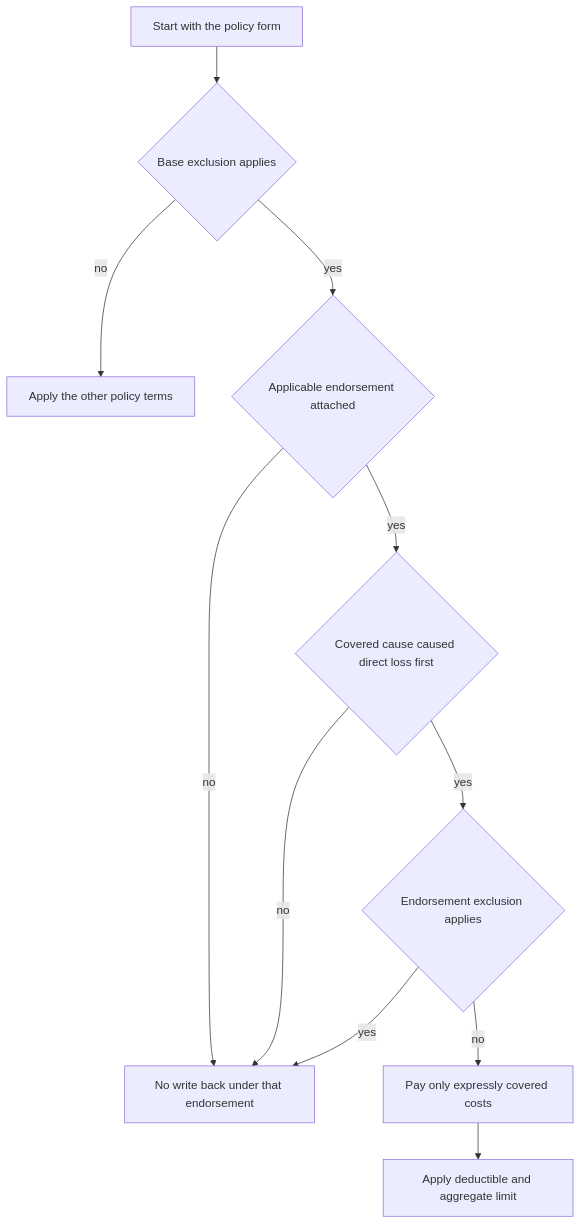
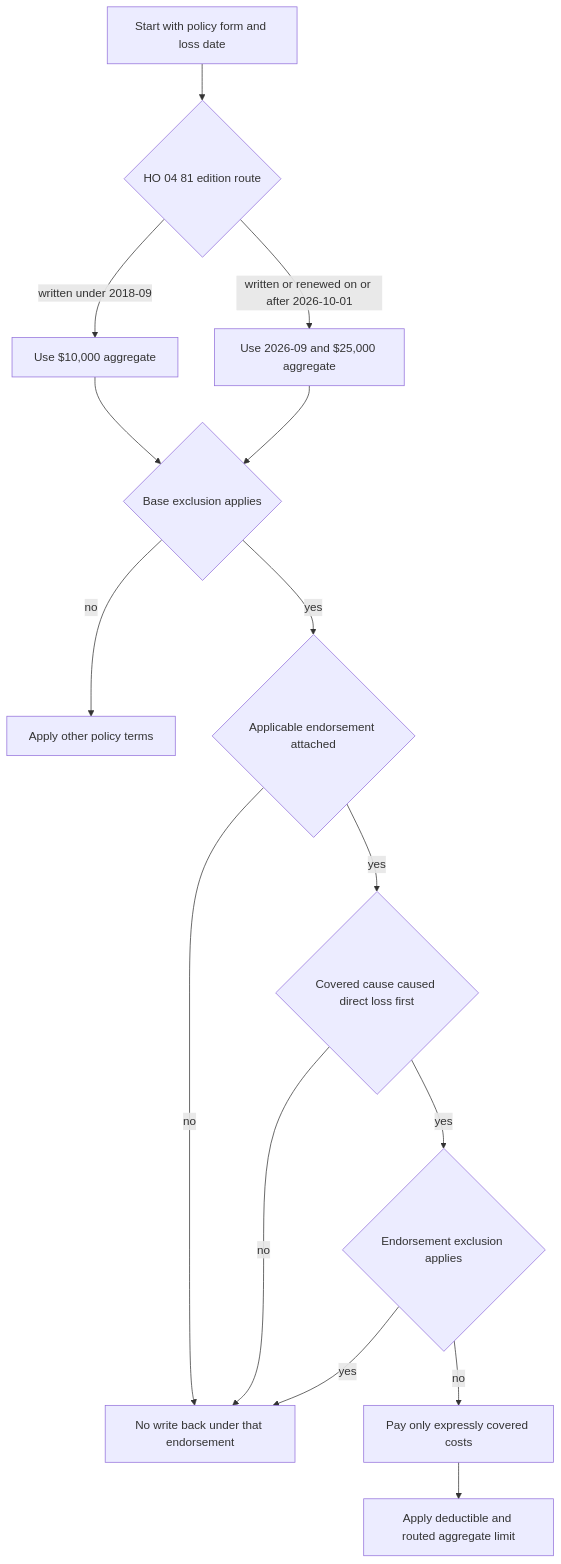
The diagram in openwiki/coverage/perils/fungi-and-bacteria.md (eugeneliu-86/openwiki-insurance-corpus), drawn with Mermaid before and after one commit. The commit also changed other lines of this file and 9 other files, not shown here.

````diff
--- a/openwiki/coverage/perils/fungi-and-bacteria.md
+++ b/openwiki/coverage/perils/fungi-and-bacteria.md
@@ -36,13 +38,17 @@
 ```mermaid
 flowchart TD
-    A["Start with the policy form"] --> B{"Base exclusion applies"}
-    B -->|"no"| C["Apply the other policy terms"]
-    B -->|"yes"| D{"Applicable endorsement attached"}
-    D -->|"no"| E["No write back under that endorsement"]
-    D -->|"yes"| F{"Covered cause caused direct loss first"}
-    F -->|"no"| E
-    F -->|"yes"| G{"Endorsement exclusion applies"}
-    G -->|"yes"| E
-    G -->|"no"| H["Pay only expressly covered costs"]
-    H --> I["Apply deductible and aggregate limit"]
+    A["Start with policy form and loss date"] --> B{"HO 04 81 edition route"}
+    B -->|"written under 2018-09"| C["Use $10,000 aggregate"]
+    B -->|"written or renewed on or after 2026-10-01"| D["Use 2026-09 and $25,000 aggregate"]
+    C --> E{"Base exclusion applies"}
+    D --> E
+    E -->|"no"| F["Apply other policy terms"]
+    E -->|"yes"| G{"Applicable endorsement attached"}
+    G -->|"no"| H["No write back under that endorsement"]
+    G -->|"yes"| I{"Covered cause caused direct loss first"}
+    I -->|"no"| H
+    I -->|"yes"| J{"Endorsement exclusion applies"}
+    J -->|"yes"| H
+    J -->|"no"| K["Pay only expressly covered costs"]
+    K --> L["Apply deductible and routed aggregate limit"]
 ```
````
